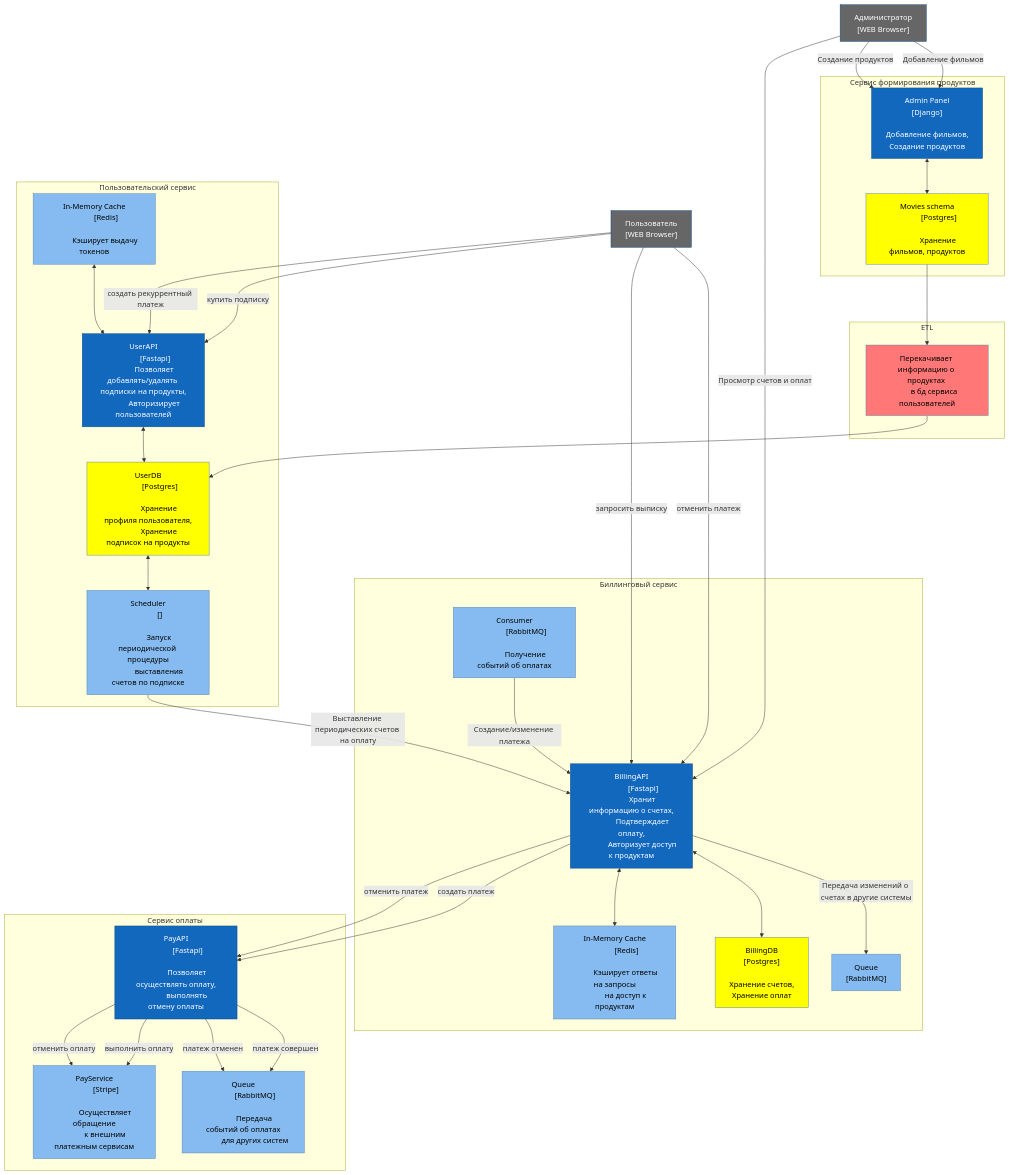
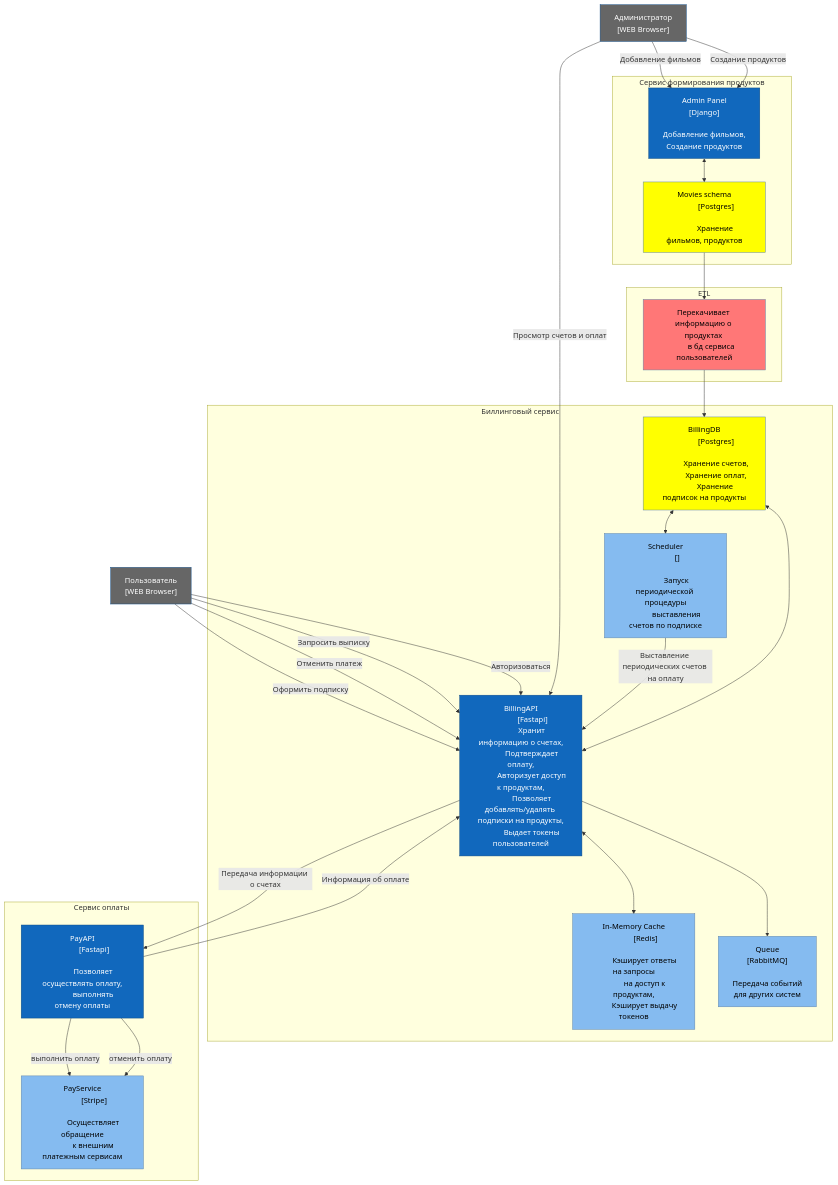
One commit to fall3nangel/Billing_Stripe changed the diagram in architecture/components.md. Above: the diagram before and after it, drawn with Mermaid.

Commit message:
reformat scheme

````diff
--- a/architecture/components.md
+++ b/architecture/components.md
@@ -6,9 +6,15 @@
 %%}%%
 flowchart TB
     
+    
     Admin["Администратор\n[WEB Browser]"] 
         
     Client["Пользователь\n[WEB Browser]"]
+    
+    Client--"Оформить подписку"-->BillingAPI
+    Client--"Отменить платеж"-->BillingAPI
+    Client--"Запросить выписку"-->BillingAPI
+    Client--"Авторизоваться"-->BillingAPI
 
     subgraph "ETL"
     
@@ -17,7 +23,7 @@
         в бд сервиса пользователей
     "]
     
-    end    
+    end
         
     subgraph "Сервис формирования продуктов"
         
@@ -40,36 +46,42 @@
             [Fastapi]
             Хранит информацию о счетах,
             Подтверждает оплату,
-            Авторизует доступ к продуктам
+            Авторизует доступ к продуктам,
+            Позволяет добавлять/удалять подписки на продукты,
+            Выдает токены пользователей
             "]
                     
-        Queue2["Queue
-            [RabbitMQ]
-            
-            "]
-            
         BillingDB["BillingDB
             [Postgres]
             
             Хранение счетов,
-            Хранение оплат"]
+            Хранение оплат,
+            Хранение подписок на продукты"]
             
         BillingCache["In-Memory Cache
             [Redis]
             
             Кэширует ответы на запросы
-            на доступ к продуктам"]
+            на доступ к продуктам,
+            Кэширует выдачу токенов"]
             
-        BillingQueue["Consumer
+        Scheduler["Scheduler
+            []
+            
+            Запуск периодической процедуры
+            выставления счетов по подписке"]
+        
+        Queue["Queue
             [RabbitMQ]
             
-            Получение событий об оплатах"]
+            Передача событий
+            для других систем"]
         
-        BillingAPI--"Передача изменений о счетах в другие системы"-->Queue2
         BillingAPI<-->BillingDB
         BillingAPI<-->BillingCache
-        BillingQueue--"Создание/изменение платежа"-->BillingAPI
-    
+        BillingDB<-->Scheduler
+        BillingAPI-->Queue
+
     end
      
      
@@ -85,70 +97,23 @@
             
             Осуществляет обращение
             к внешним платежным сервисам"]
-        
-        Queue["Queue
-            [RabbitMQ]
             
-            Передача событий об оплатах
-            для других систем"]
-            
-        PayAPI--"платеж совершен"-->Queue
-        PayAPI--"платеж отменен"-->Queue
+        PayAPI--"Информация об оплате"-->BillingAPI
         PayAPI--"выполнить оплату"-->PayService
         PayAPI--"отменить оплату"-->PayService
         
     end
     
     
-    subgraph "Пользовательский сервис"
-        UserAPI["UserAPI
-            [Fastapi]
-            Позволяет добавлять/удалять подписки на продукты,
-            Авторизирует пользователей"]
-
-        
-        UserDB["UserDB
-            [Postgres]
-            
-            Хранение профиля пользователя,
-            Хранение подписок на продукты"]
-            
-        Scheduler["Scheduler
-            []
-            
-            Запуск периодической процедуры
-            выставления счетов по подписке"]
-        
-        Cache["In-Memory Cache
-            [Redis]
-            
-            Кэширует выдачу токенов"]
-
-        Cache<-->UserAPI
-        UserDB<-->Scheduler
-        UserAPI<-->UserDB
-
-        
-
-
-    end
-
-    
-    
-    Client--"купить подписку"-->UserAPI
-    Client--"отменить платеж"-->BillingAPI
-    Client--"создать рекуррентный платеж"-->UserAPI
-    Client--"запросить выписку"-->BillingAPI
 
     Admin--"Добавление фильмов"-->AdminPanel
     Admin--"Создание продуктов"-->AdminPanel
     Admin--"Просмотр счетов и оплат"-->BillingAPI
         
-    BillingAPI--"создать платеж"-->PayAPI
-    BillingAPI--"отменить платеж"-->PayAPI
+    BillingAPI--"Передача информации о счетах"-->PayAPI
         
     MovieDB-->Admin_panel_TO_UserService
-    Admin_panel_TO_UserService-->UserDB
+    Admin_panel_TO_UserService-->BillingDB
     
     Scheduler--"Выставление периодических счетов на оплату"-->BillingAPI
     
@@ -186,4 +151,5 @@
     classDef service fill:#85bbf0, stroke:#5d82a8, color:#000000
     classDef database fill:#ffff00, stroke:#5d82a8, color:#000000
     classDef etl fill:#ff7777, stroke:#5d82a8, color:#000000
+    
 ```
````
